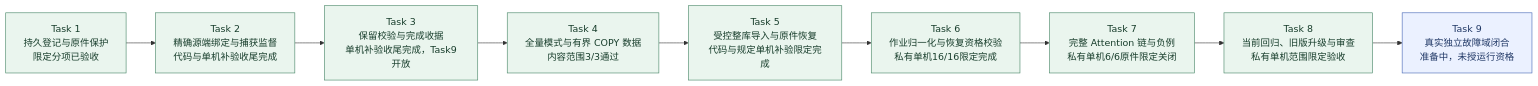
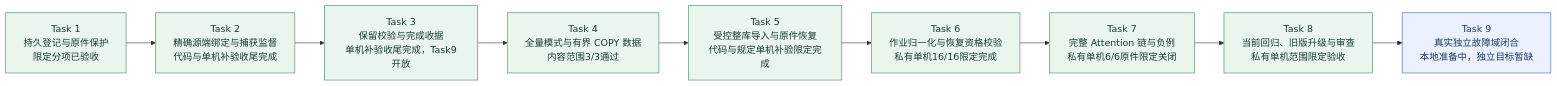
Before and after one commit to MansurnamedZhang/learning-system-p0c4: the second of 9 diagrams in docs/KnowWeave实施路线与系统架构.md, drawn with Mermaid. The commit also changed other lines of this file and 11 other files, not shown here.

````diff
--- a/docs/KnowWeave实施路线与系统架构.md
+++ b/docs/KnowWeave实施路线与系统架构.md
@@ -80,25 +80,25 @@
 ```mermaid
 flowchart LR
     C4T1["Task 1<br/>持久登记与原件保护<br/>限定分项已验收"]
     C4T2["Task 2<br/>精确源端绑定与捕获监督<br/>代码与单机补验收尾完成"]
     C4T3["Task 3<br/>保留校验与完成收据<br/>单机补验收尾完成，Task9开放"]
     C4T4["Task 4<br/>全量模式与有界 COPY 数据<br/>内容范围3/3通过"]
     C4T5["Task 5<br/>受控整库导入与原件恢复<br/>代码与规定单机补验限定完成"]
     C4T6["Task 6<br/>作业归一化与恢复资格校验<br/>私有单机16/16限定完成"]
     C4T7["Task 7<br/>完整 Attention 链与负例<br/>私有单机6/6原件限定关闭"]
     C4T8["Task 8<br/>当前回归、旧版升级与审查<br/>私有单机范围限定验收"]
-    C4T9["Task 9<br/>真实独立故障域闭合<br/>准备中，未授运行资格"]
+    C4T9["Task 9<br/>真实独立故障域闭合<br/>本地准备中，独立目标暂缺"]
     C4T1 --> C4T2
     C4T2 --> C4T3
     C4T3 --> C4T4
     C4T4 --> C4T5
     C4T5 --> C4T6
     C4T6 --> C4T7
     C4T7 --> C4T8
     C4T8 --> C4T9
     class C4T1,C4T2,C4T3,C4T4,C4T5,C4T6,C4T7,C4T8 done
     class C4T9 next
     classDef done fill:#eaf5ee,stroke:#438363,color:#173d2b
     classDef next fill:#ebf1ff,stroke:#4365b4,color:#203866
     classDef planned fill:#f2f4f8,stroke:#8591a3,color:#28354b
 ```
````
